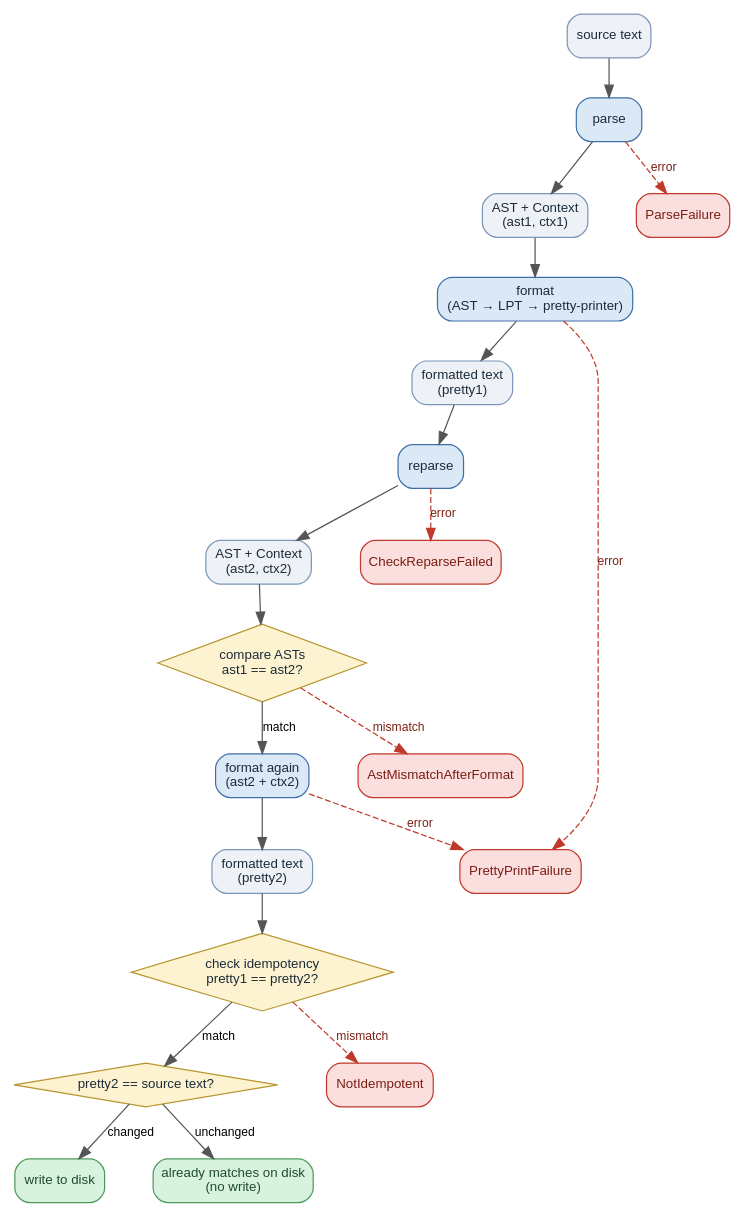
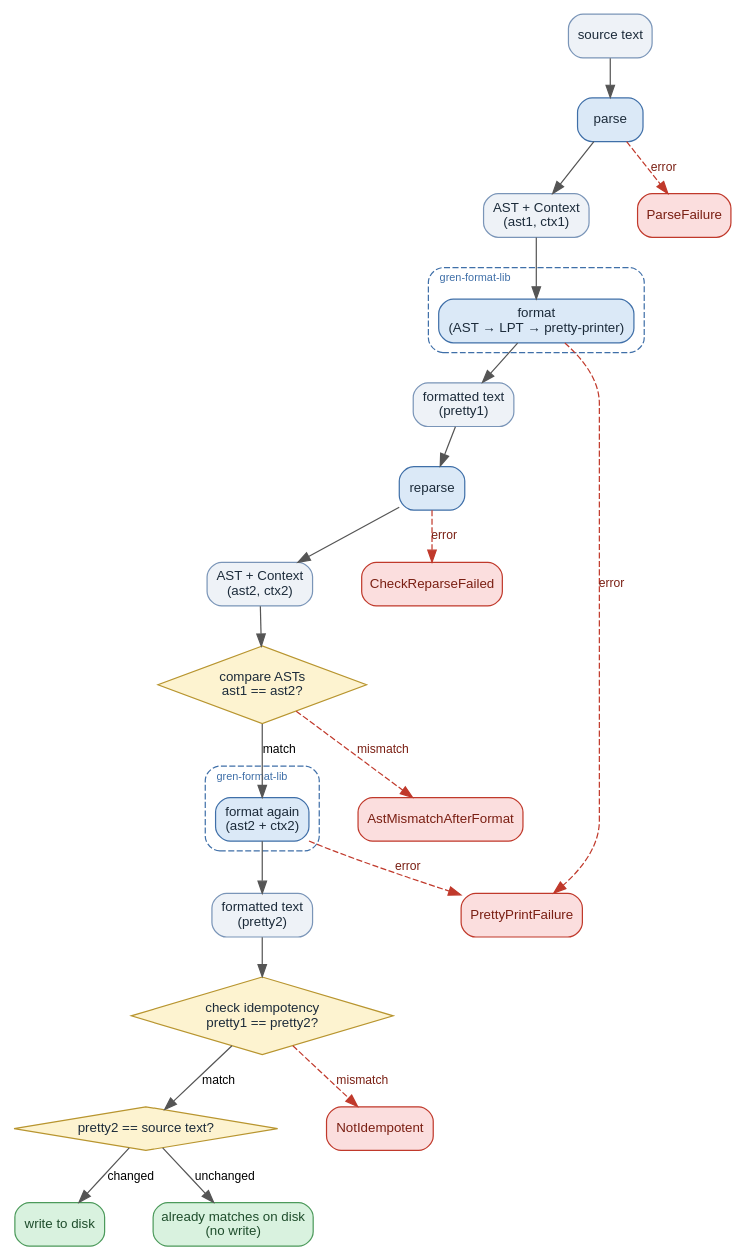
The diagram in docs/diagrams/standard-pipeline.dot (gilramir/gren-format), drawn with Graphviz before and after one commit. The commit also changed 1 other file, not shown here.

Commit message:
diagrams: mark both format passes as gren-format-lib
The standard-pipeline diagram gave no hint that the actual formatting
happens in a separate package. Draw each format pass inside its own
dashed cluster labelled "gren-format-lib".

The format2/mismatchFail rank=same tie had to go: graphviz silently
drops a cluster box when one of its nodes is rank-tied to a node
outside it, so the "format again" box did not render with it in place.
AstMismatchAfterFormat still lands beside format again anyway.

Claude-Session: https://claude.ai/code/session_01GN4xL5PzqFbCVGdUYSa3Nx

```diff
--- a/docs/diagrams/standard-pipeline.dot
+++ b/docs/diagrams/standard-pipeline.dot
@@ -1,74 +1,97 @@
 digraph StandardPipeline {
     rankdir=TB;
     bgcolor="white";
     fontname="Helvetica,Arial,sans-serif";
     fontsize=12;
     ranksep=0.45;
     nodesep=0.55;
 
     node [fontname="Helvetica,Arial,sans-serif", fontsize=11];
     edge [fontname="Helvetica,Arial,sans-serif", fontsize=10, color="#555555"];
 
     // Data nodes
     node [shape=box, style="rounded,filled", fillcolor="#eef2f7", color="#7a95b8", fontcolor="#1c2b3a"];
     source  [label="source text"];
     ast1    [label="AST + Context\n(ast1, ctx1)"];
     pretty1 [label="formatted text\n(pretty1)"];
     ast2    [label="AST + Context\n(ast2, ctx2)"];
     pretty2 [label="formatted text\n(pretty2)"];
 
     // Terminal success nodes
     node [fillcolor="#d9f2df", color="#4c9a5b", fontcolor="#1f4d2c"];
     diskwrite [label="write to disk"];
     noopWrite [label="already matches on disk\n(no write)"];
 
-    // Process nodes
+    // Process nodes. The two format passes live in the gren-format-lib
+    // package, so each is drawn inside a labelled box of its own.
     node [shape=box, style="rounded,filled", fillcolor="#dbe9f7", color="#3f6fa8", fontcolor="#1c2b3a"];
     parse   [label="parse"];
-    format1 [label="format\n(AST → LPT → pretty-printer)"];
+
+    subgraph cluster_lib_format1 {
+        label="gren-format-lib";
+        labeljust=l;
+        fontsize=9;
+        fontcolor="#3f6fa8";
+        color="#3f6fa8";
+        style="rounded,dashed";
+        margin=8;
+        format1 [label="format\n(AST → LPT → pretty-printer)"];
+    }
+
     reparse [label="reparse"];
-    format2 [label="format again\n(ast2 + ctx2)"];
+
+    subgraph cluster_lib_format2 {
+        label="gren-format-lib";
+        labeljust=l;
+        fontsize=9;
+        fontcolor="#3f6fa8";
+        color="#3f6fa8";
+        style="rounded,dashed";
+        margin=8;
+        format2 [label="format again\n(ast2 + ctx2)"];
+    }
 
     // Decision nodes
     node [shape=diamond, style=filled, fillcolor="#fdf3d0", color="#b8952f", fontcolor="#1c2b3a"];
     compareAst  [label="compare ASTs\nast1 == ast2?"];
     checkIdem   [label="check idempotency\npretty1 == pretty2?"];
     checkOnDisk [label="pretty2 == source text?"];
 
     // Error / failure nodes
     node [shape=box, style="rounded,filled", fillcolor="#fbdede", color="#c0392b", fontcolor="#7a1f13"];
     parseFail    [label="ParseFailure"];
     prettyFail   [label="PrettyPrintFailure"];
     reparseFail  [label="CheckReparseFailed"];
     mismatchFail [label="AstMismatchAfterFormat"];
     idemFail     [label="NotIdempotent"];
 
     // Main flow
     source -> parse;
     parse  -> ast1;
     ast1   -> format1;
     format1 -> pretty1;
     pretty1 -> reparse;
     reparse -> ast2;
     ast2 -> compareAst;
     compareAst -> format2 [label="match"];
     format2 -> pretty2;
     pretty2 -> checkIdem;
     checkIdem -> checkOnDisk [label="match"];
     checkOnDisk -> noopWrite [label="unchanged"];
     checkOnDisk -> diskwrite [label="changed"];
 
     // Error branches
     parse      -> parseFail    [style=dashed, color="#c0392b", fontcolor="#7a1f13", label="error"];
     format1    -> prettyFail   [style=dashed, color="#c0392b", fontcolor="#7a1f13", label="error"];
     reparse    -> reparseFail  [style=dashed, color="#c0392b", fontcolor="#7a1f13", label="error"];
     compareAst -> mismatchFail [style=dashed, color="#c0392b", fontcolor="#7a1f13", label="mismatch"];
     format2    -> prettyFail   [style=dashed, color="#c0392b", fontcolor="#7a1f13", label="error"];
     checkIdem  -> idemFail     [style=dashed, color="#c0392b", fontcolor="#7a1f13", label="mismatch"];
 
     { rank=same; ast1; parseFail }
     { rank=same; ast2; reparseFail }
-    { rank=same; format2; mismatchFail }
+    // No rank=same for format2/mismatchFail: format2 sits in a cluster, and a
+    // same-rank tie to a node outside it makes graphviz drop the cluster box.
     { rank=same; checkOnDisk; idemFail }
     { rank=same; diskwrite; noopWrite }
 }
```
